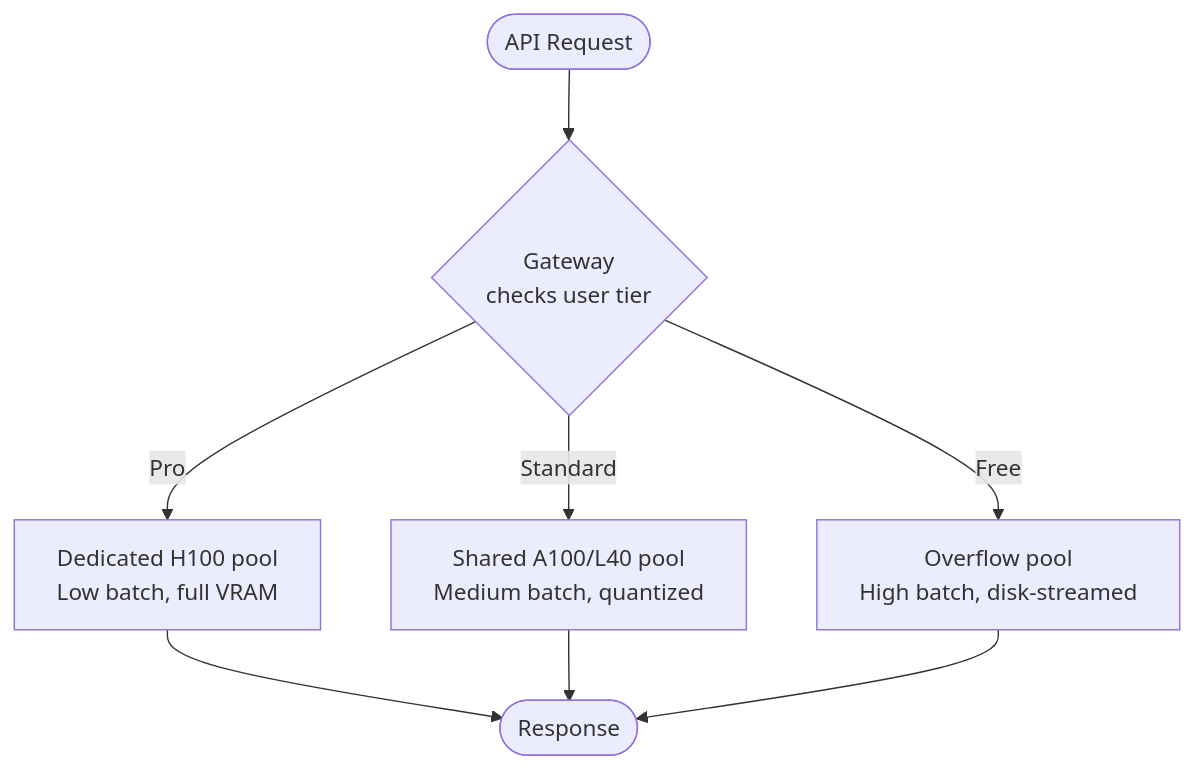
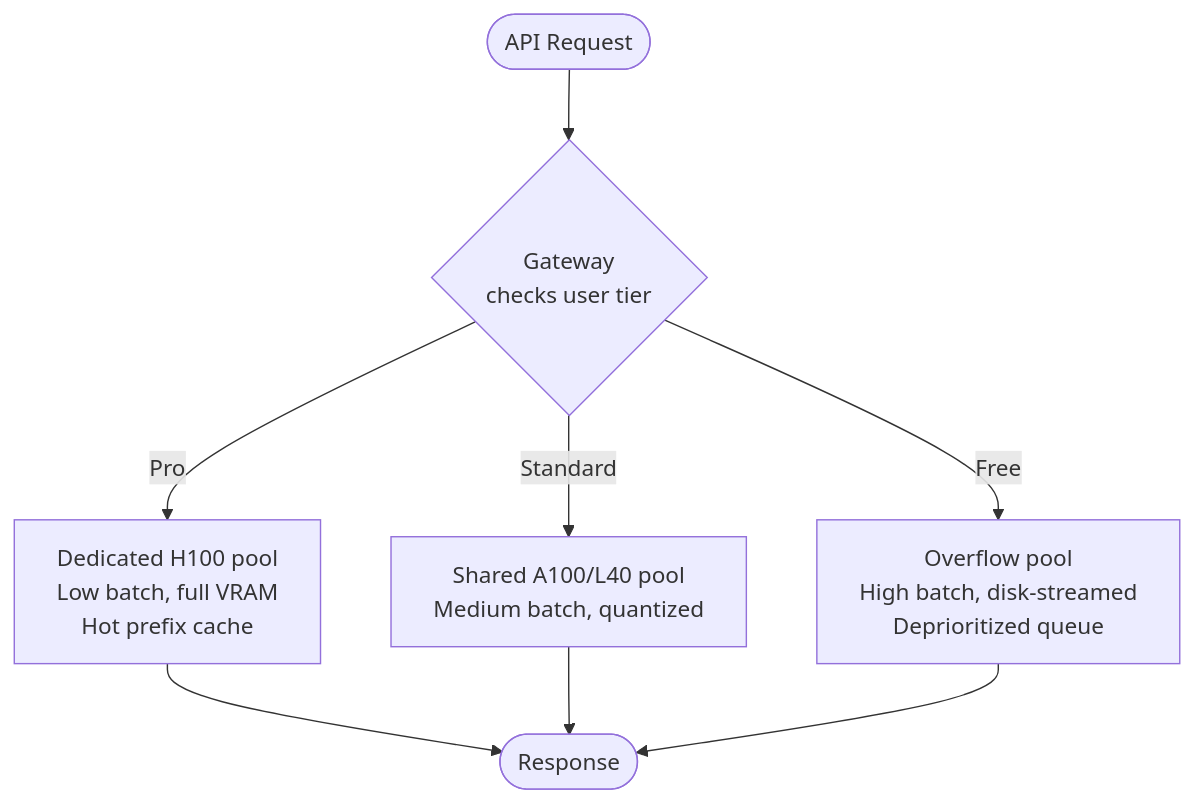
The tenth of 15 diagrams in docs/production-considerations.md (JonCooperWorks/rLLM), drawn with Mermaid before and after one commit. The commit also changed other lines of this file, not shown here.

````diff
--- a/docs/production-considerations.md
+++ b/docs/production-considerations.md
@@ -305,12 +303,12 @@
 ```mermaid
 graph TD
     Req([API Request]) --> GW{Gateway<br/>checks user tier}
 
-    GW -->|Pro| Pro["Dedicated H100 pool<br/>Low batch, full VRAM"]
+    GW -->|Pro| Pro["Dedicated H100 pool<br/>Low batch, full VRAM<br/>Hot prefix cache"]
     GW -->|Standard| Std["Shared A100/L40 pool<br/>Medium batch, quantized"]
-    GW -->|Free| Free["Overflow pool<br/>High batch, disk-streamed"]
+    GW -->|Free| Free["Overflow pool<br/>High batch, disk-streamed<br/>Deprioritized queue"]
 
     Pro --> Resp([Response])
     Std --> Resp
     Free --> Resp
 ```
````
